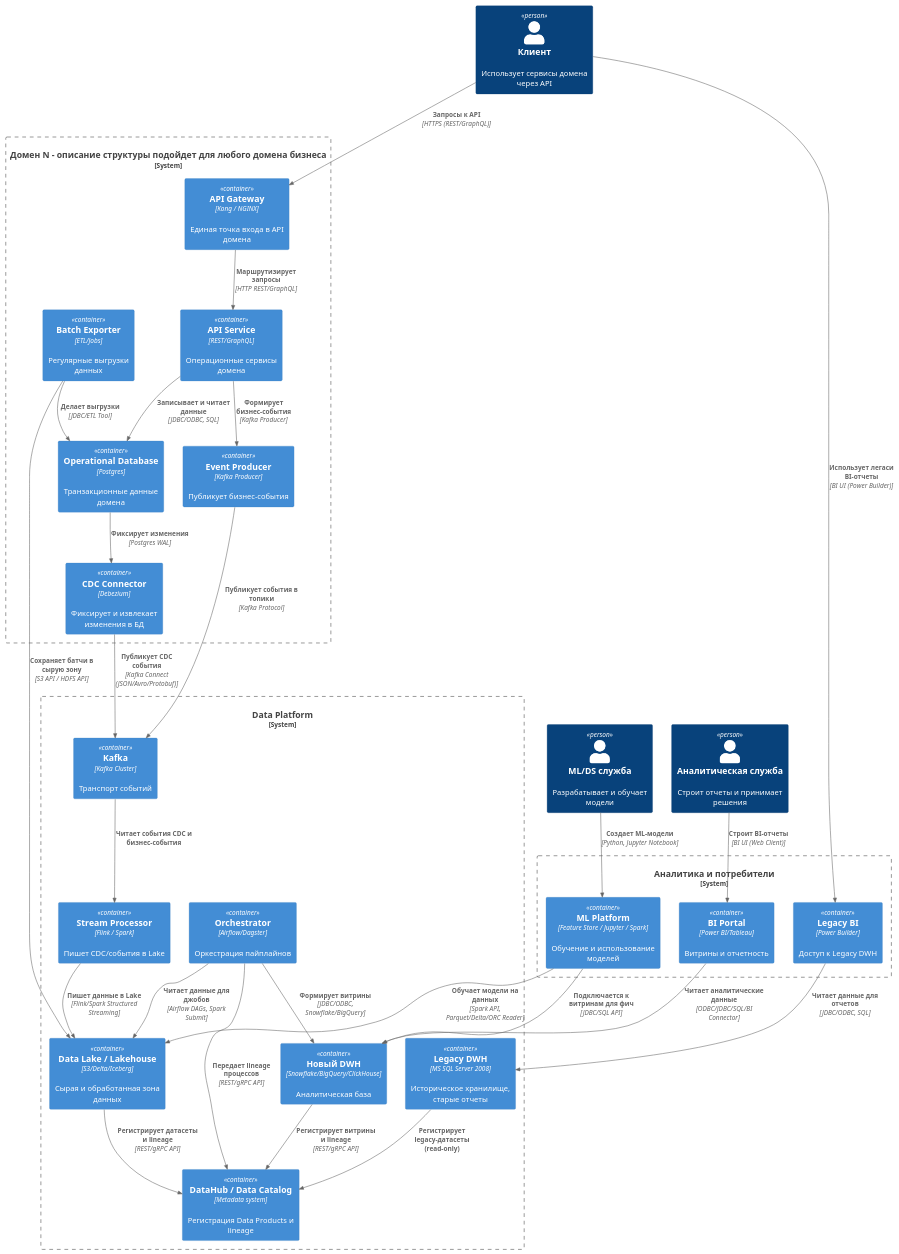
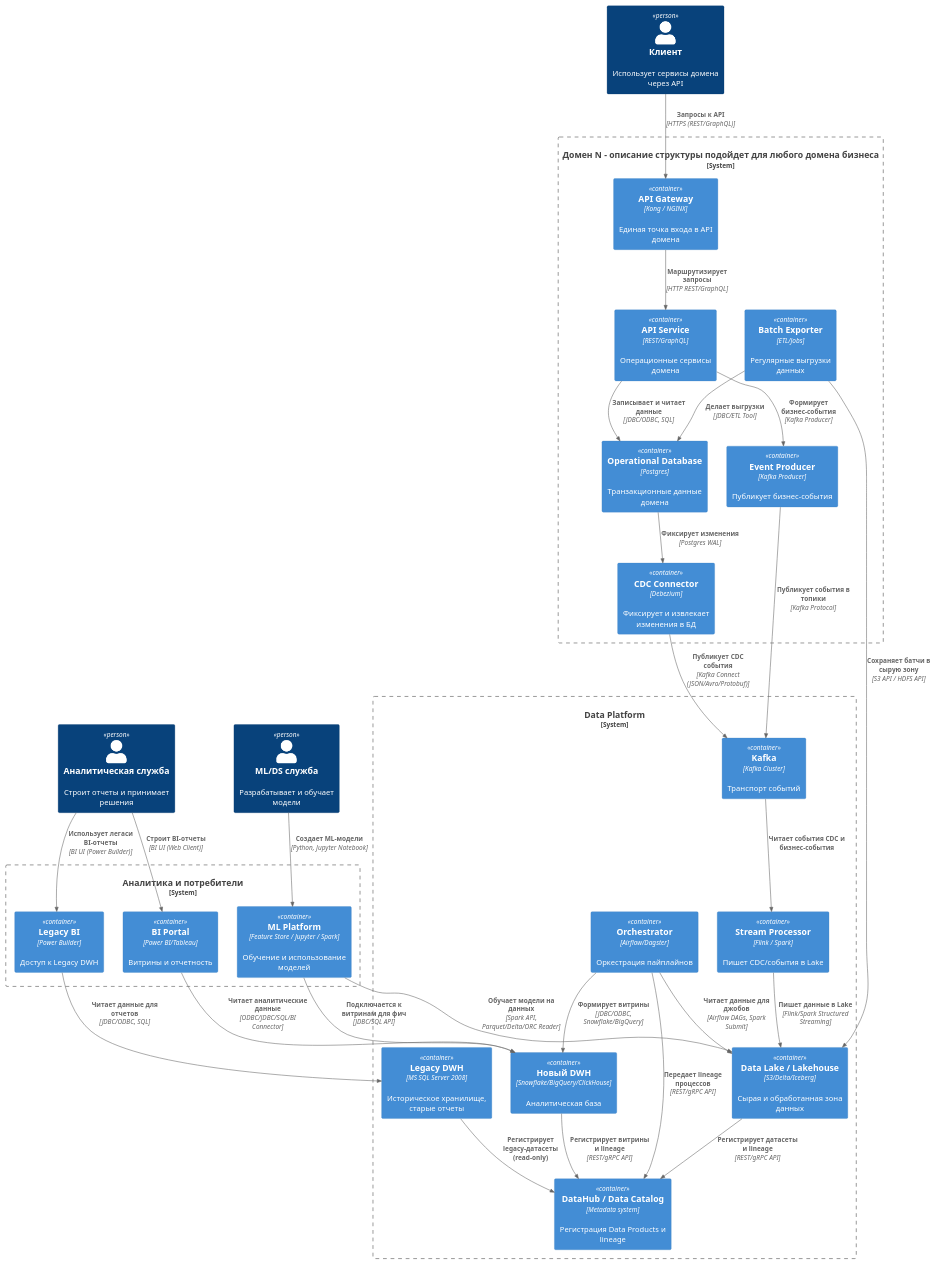
Before and after one commit to bofeof/architecture-future_2_0: the diagram in task 1/c4_context_schema.puml, drawn with PlantUML. The commit also changed 1 other file, not shown here.

Commit message:
fix: c4 container schema

```diff
--- a/task 1/c4_context_schema.puml
+++ b/task 1/c4_context_schema.puml
@@ -1,61 +1,61 @@
 @startuml
 
 !include https://raw.githubusercontent.com/plantuml-stdlib/C4-PlantUML/master/C4_Container.puml
 
 Person(bizanal, "Аналитическая служба", "Строит отчеты и принимает решения")
 Person(mldev, "ML/DS служба", "Разрабатывает и обучает модели")
 Person(client, "Клиент", "Использует сервисы домена через API")
 
 System_Boundary(domain, "Домен N - описание структуры подойдет для любого домена бизнеса") {
     Container(gateway, "API Gateway", "Kong / NGINX", "Единая точка входа в API домена")
     Container(api, "API Service", "REST/GraphQL", "Операционные сервисы домена")
     Container(db, "Operational Database", "Postgres", "Транзакционные данные домена")
     Container(cdc, "CDC Connector", "Debezium", "Фиксирует и извлекает изменения в БД")
     Container(producer, "Event Producer", "Kafka Producer", "Публикует бизнес-события")
     Container(batch, "Batch Exporter", "ETL/Jobs", "Регулярные выгрузки данных")
 }
 
 System_Boundary(platform, "Data Platform") {
     Container(kafka, "Kafka", "Kafka Cluster", "Транспорт событий")
     Container(stream, "Stream Processor", "Flink / Spark", "Пишет CDC/события в Lake")
     Container(lake, "Data Lake / Lakehouse", "S3/Delta/Iceberg", "Сырая и обработанная зона данных")
     Container(dwh, "Новый DWH", "Snowflake/BigQuery/ClickHouse", "Аналитическая база")
     Container(dwh_legacy, "Legacy DWH", "MS SQL Server 2008", "Историческое хранилище, старые отчеты")
     Container(orch, "Orchestrator", "Airflow/Dagster", "Оркестрация пайплайнов")
     Container(catalog, "DataHub / Data Catalog", "Metadata system", "Регистрация Data Products и lineage")
 }
 
 System_Boundary(analytics, "Аналитика и потребители") {
     Container(bi, "BI Portal", "Power BI/Tableau", "Витрины и отчетность")
     Container(ml, "ML Platform", "Feature Store / Jupyter / Spark", "Обучение и использование моделей")
     Container(bi_legacy, "Legacy BI", "Power Builder", "Доступ к Legacy DWH")
 }
 
 Rel(client, gateway, "Запросы к API", "HTTPS (REST/GraphQL)")
 Rel(gateway, api, "Маршрутизирует запросы", "HTTP REST/GraphQL")
 Rel(api, db, "Записывает и читает данные", "JDBC/ODBC, SQL")
 Rel(db, cdc, "Фиксирует изменения", "Postgres WAL")
 Rel(cdc, kafka, "Публикует CDC события", "Kafka Connect (JSON/Avro/Protobuf)")
 Rel(api, producer, "Формирует бизнес-события", "Kafka Producer")
 Rel(producer, kafka, "Публикует события в топики", "Kafka Protocol")
 Rel(batch, db, "Делает выгрузки", "JDBC/ETL Tool")
 Rel(batch, lake, "Сохраняет батчи в сырую зону", "S3 API / HDFS API")
 
 Rel(kafka, stream, "Читает события CDC и бизнес-события")
 Rel(stream, lake, "Пишет данные в Lake", "Flink/Spark Structured Streaming")
 Rel(orch, lake, "Читает данные для джобов", "Airflow DAGs, Spark Submit")
 Rel(orch, dwh, "Формирует витрины", "JDBC/ODBC, Snowflake/BigQuery")
 Rel(orch, catalog, "Передает lineage процессов", "REST/gRPC API")
 Rel(lake, catalog, "Регистрирует датасеты и lineage", "REST/gRPC API")
 Rel(dwh, catalog, "Регистрирует витрины и lineage", "REST/gRPC API")
 Rel(dwh_legacy, catalog, "Регистрирует legacy-датасеты (read-only)")
 
 Rel(bi, dwh, "Читает аналитические данные", "ODBC/JDBC/SQL/BI Connector")
 Rel(ml, lake, "Обучает модели на данных", "Spark API, Parquet/Delta/ORC Reader")
 Rel(ml, dwh, "Подключается к витринам для фич", "JDBC/SQL API")
 Rel(bizanal, bi, "Строит BI-отчеты", "BI UI (Web Client)")
 Rel(mldev, ml, "Создает ML-модели", "Python, Jupyter Notebook")
-Rel(client, bi_legacy, "Использует легаси BI-отчеты", "BI UI (Power Builder)")
+Rel(bizanal, bi_legacy, "Использует легаси BI-отчеты", "BI UI (Power Builder)")
 Rel(bi_legacy, dwh_legacy, "Читает данные для отчетов", "JDBC/ODBC, SQL")
 
 @enduml
```
